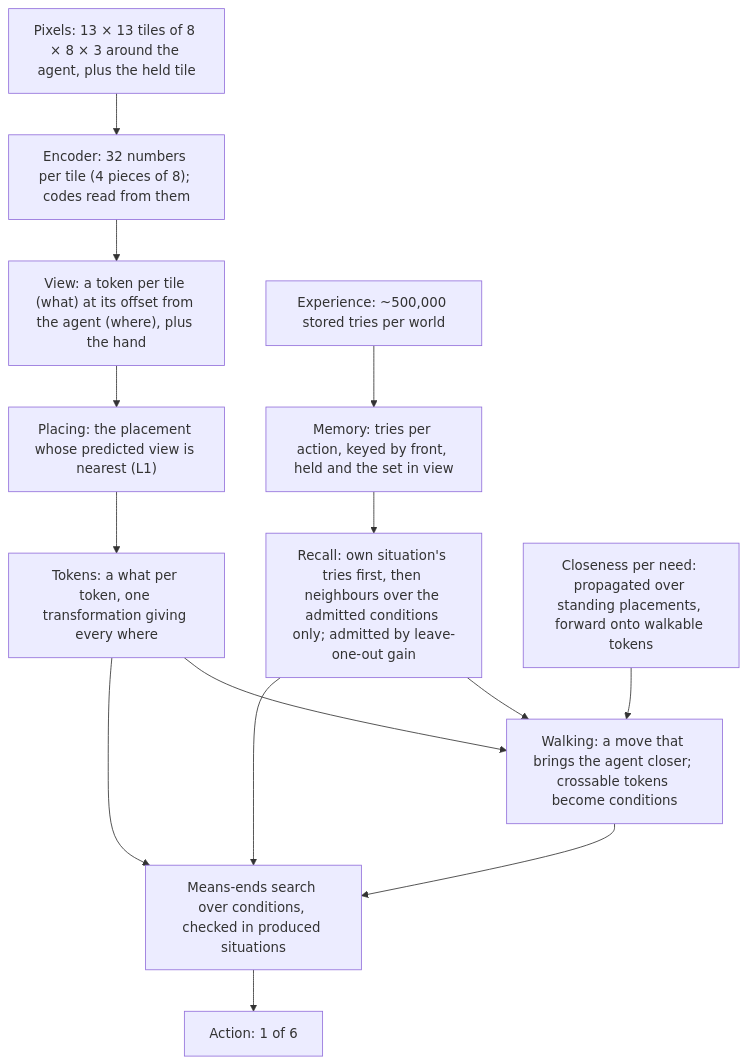
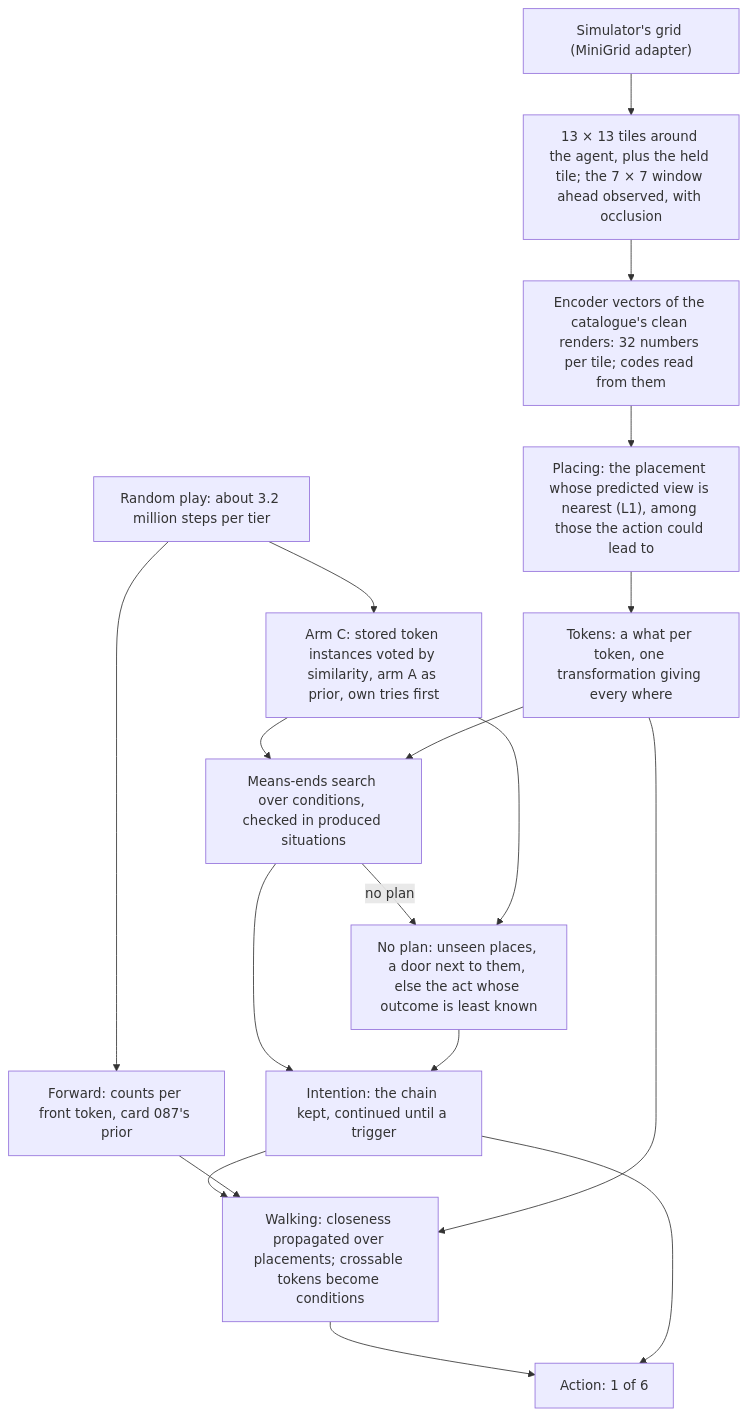
One commit to alfredricker/world-model changed the diagram in ARCHITECTURE.md. Above: the diagram before and after it, drawn with Mermaid. The commit also changed other lines of this file and 56 other files, not shown here.

````diff
--- a/ARCHITECTURE.md
+++ b/ARCHITECTURE.md
@@ -452,16 +592,20 @@
 ```mermaid
 flowchart TD
-    P["Pixels: 13 × 13 tiles of 8 × 8 × 3 around the agent, plus the held tile"] --> E["Encoder: 32 numbers per tile (4 pieces of 8); codes read from them"]
-    E --> V["View: a token per tile (what) at its offset from the agent (where), plus the hand"]
-    X["Experience: ~500,000 stored tries per world"] --> M["Memory: tries per action, keyed by front, held and the set in view"]
-    M --> R["Recall: own situation's tries first, then neighbours over the admitted conditions only; admitted by leave-one-out gain"]
-    V --> O["Placing: the placement whose predicted view is nearest (L1)"]
+    G["Simulator's grid (MiniGrid adapter)"] --> P["13 × 13 tiles around the agent, plus the held tile; the 7 × 7 window ahead observed, with occlusion"]
+    P --> E["Encoder vectors of the catalogue's clean renders: 32 numbers per tile; codes read from them"]
+    E --> O["Placing: the placement whose predicted view is nearest (L1), among those the action could lead to"]
     O --> FA["Tokens: a what per token, one transformation giving every where"]
-    FA --> S["Means-ends search over conditions, checked in produced situations"]
-    R --> S
-    Q["Closeness per need: propagated over standing placements, forward onto walkable tokens"] --> WK["Walking: a move that brings the agent closer; crossable tokens become conditions"]
+    X["Random play: about 3.2 million steps per tier"] --> AC["Arm C: stored token instances voted by similarity, arm A as prior, own tries first"]
+    X --> FW["Forward: counts per front token, card 087's prior"]
+    AC --> S["Means-ends search over conditions, checked in produced situations"]
+    FA --> S
+    S --> I["Intention: the chain kept, continued until a trigger"]
+    I --> WK["Walking: closeness propagated over placements; crossable tokens become conditions"]
+    FW --> WK
     FA --> WK
-    R --> WK
-    WK --> S
-    S --> A["Action: 1 of 6"]
+    S -->|"no plan"| NP["No plan: unseen places, a door next to them, else the act whose outcome is least known"]
+    AC --> NP
+    NP --> I
+    WK --> A["Action: 1 of 6"]
+    I --> A
 ```
````
